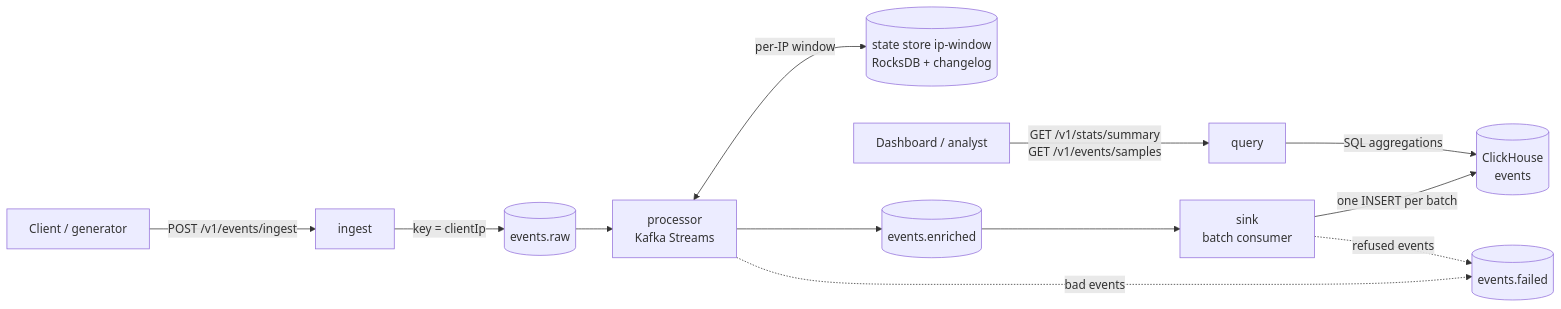
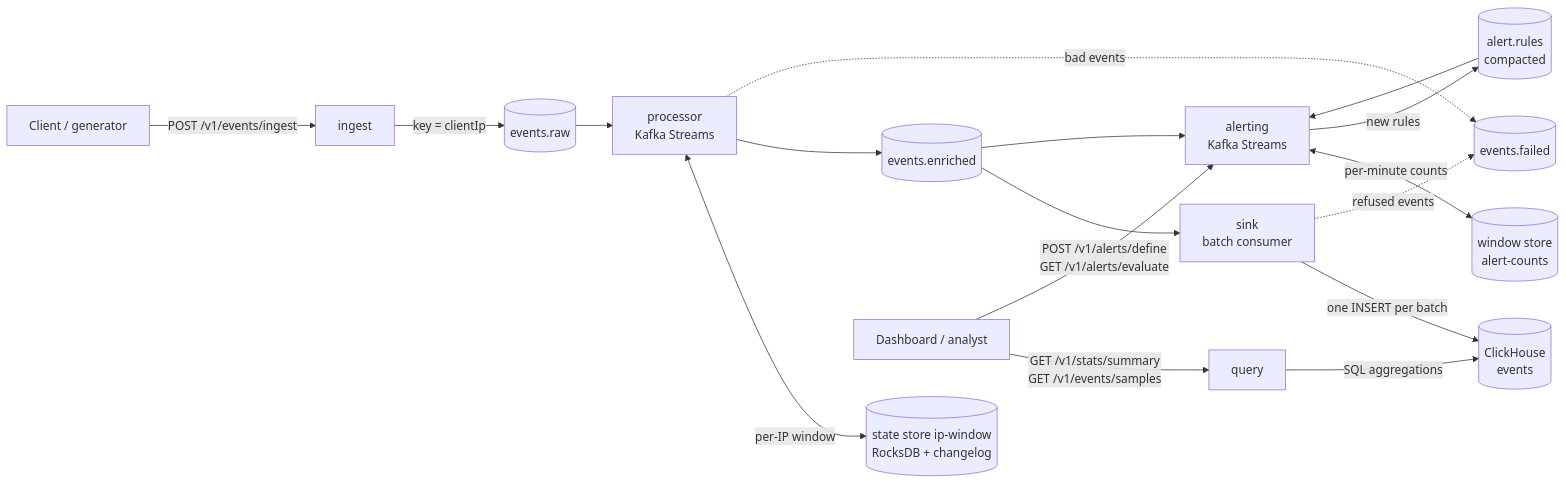
Before and after one commit to runharari/akamai-mini-wsa: the diagram in README.md, drawn with Mermaid. The commit also changed other lines of this file, not shown here.

Commit message:
Document the alerting API and its streaming design

````diff
--- a/README.md
+++ b/README.md
@@ -221,14 +263,19 @@
 ```mermaid
 flowchart LR
     C[Client / generator] -->|POST /v1/events/ingest| I[ingest]
     I -->|key = clientIp| R[(events.raw)]
     R --> P[processor<br/>Kafka Streams]
     P <-->|per-IP window| S[(state store ip-window<br/>RocksDB + changelog)]
     P --> E[(events.enriched)]
     P -. bad events .-> F[(events.failed)]
     E --> K[sink<br/>batch consumer]
     K -->|one INSERT per batch| DB[(ClickHouse<br/>events)]
     K -. refused events .-> F
     Q[query] -->|SQL aggregations| DB
     U[Dashboard / analyst] -->|GET /v1/stats/summary<br/>GET /v1/events/samples| Q
+    E --> A[alerting<br/>Kafka Streams]
+    AR[(alert.rules<br/>compacted)] --> A
+    A <-->|per-minute counts| AS[(window store<br/>alert-counts)]
+    U -->|POST /v1/alerts/define<br/>GET /v1/alerts/evaluate| A
+    A -->|new rules| AR
 ```
````
